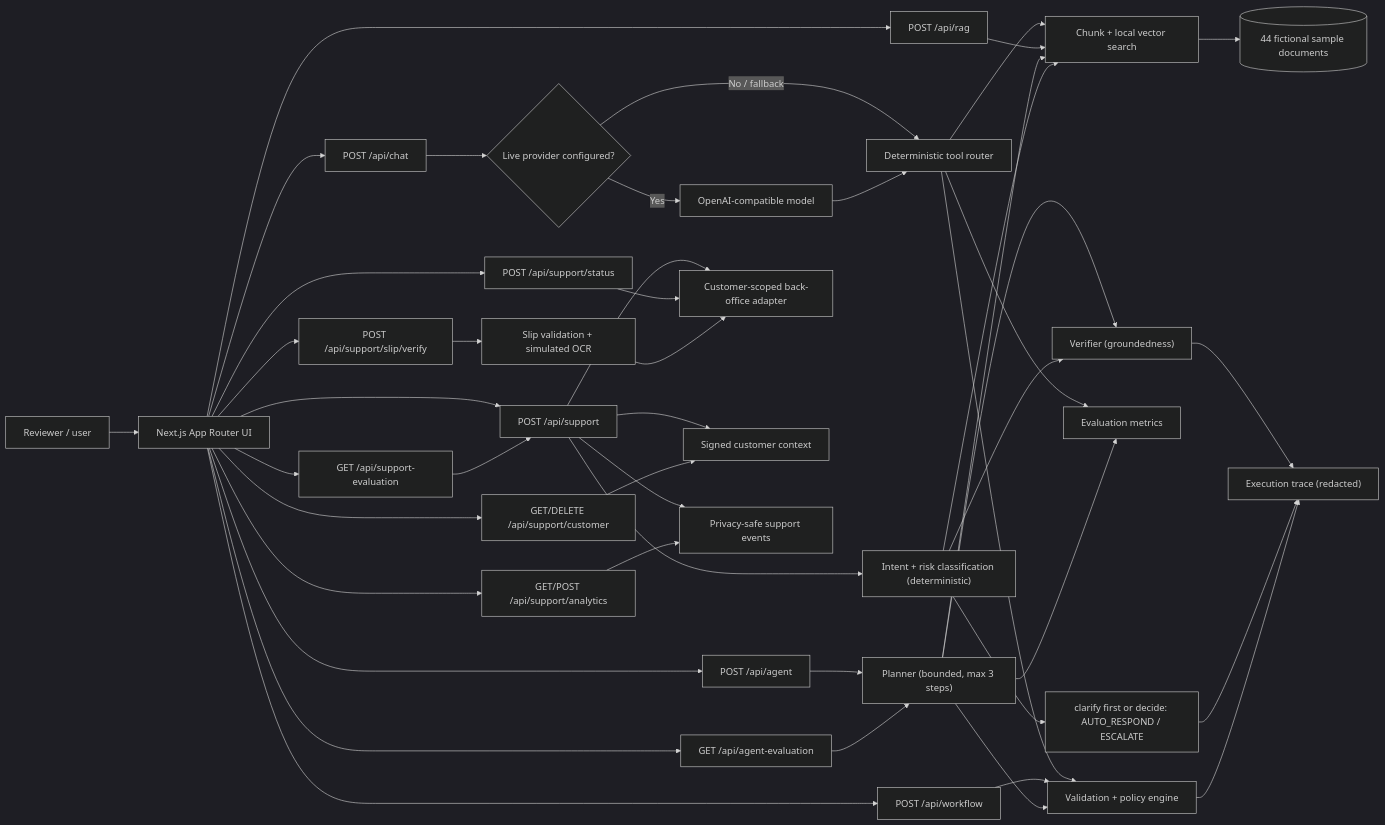
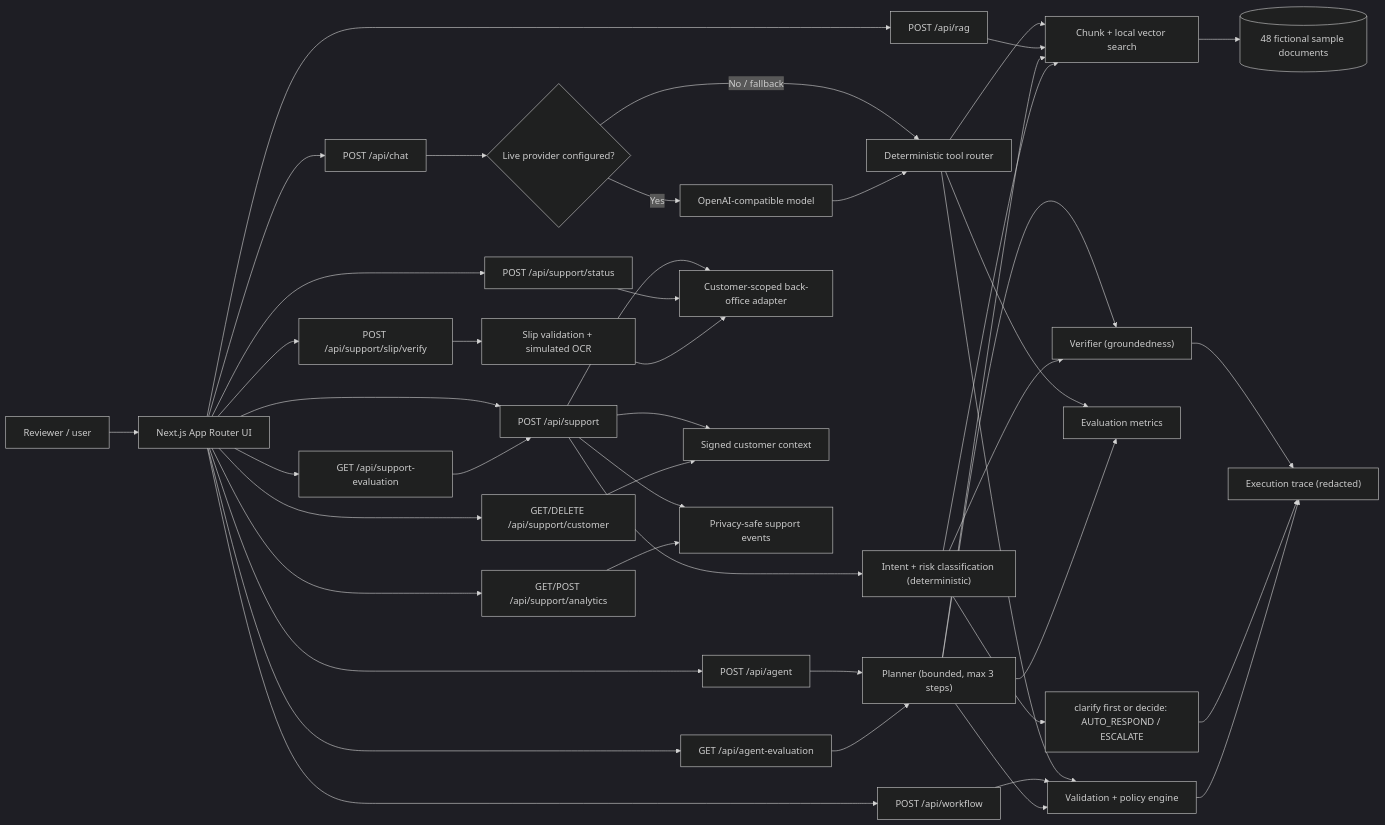
One commit to Palatip18/ai-operations-studio changed the first of 3 diagrams in README.md. Above: the diagram before and after it, drawn with Mermaid (dark theme). The commit also changed other lines of this file and 9 other files, not shown here.

````diff
--- a/README.md
+++ b/README.md
@@ -154,47 +154,47 @@
 ```mermaid
 flowchart LR
   U["Reviewer / user"] --> UI["Next.js App Router UI"]
   UI --> C["POST /api/chat"]
   UI --> R["POST /api/rag"]
   UI --> W["POST /api/workflow"]
   UI --> A["POST /api/agent"]
   UI --> AE["GET /api/agent-evaluation"]
   UI --> S["POST /api/support"]
   UI --> ST["POST /api/support/status"]
   UI --> SC["GET/DELETE /api/support/customer"]
   UI --> SV["POST /api/support/slip/verify"]
   UI --> SA["GET/POST /api/support/analytics"]
   UI --> SE["GET /api/support-evaluation"]
   C --> L{"Live provider configured?"}
   L -->|"Yes"| M["OpenAI-compatible model"]
   L -->|"No / fallback"| T["Deterministic tool router"]
   M --> T
   T --> K["Chunk + local vector search"]
   T --> V
   T --> E["Evaluation metrics"]
   R --> K
   W --> V["Validation + policy engine"]
   A --> P["Planner (bounded, max 3 steps)"]
   P --> K
   P --> V
   P --> E
   P --> VF["Verifier (groundedness)"]
   S --> CL["Intent + risk classification (deterministic)"]
   CL --> K
   CL --> VF
   CL --> SD["clarify first or decide: AUTO_RESPOND / ESCALATE"]
   VF --> O["Execution trace (redacted)"]
   SD --> O
   S --> BO["Customer-scoped back-office adapter"]
   S --> CTX["Signed customer context"]
   ST --> BO
   SC --> CTX
   SV --> OCR["Slip validation + simulated OCR"]
   OCR --> BO
   S --> EVT["Privacy-safe support events"]
   SA --> EVT
   AE --> P
   SE --> S
-  K --> D[("44 fictional sample documents")]
+  K --> D[("48 fictional sample documents")]
   V --> O
 ```
````
